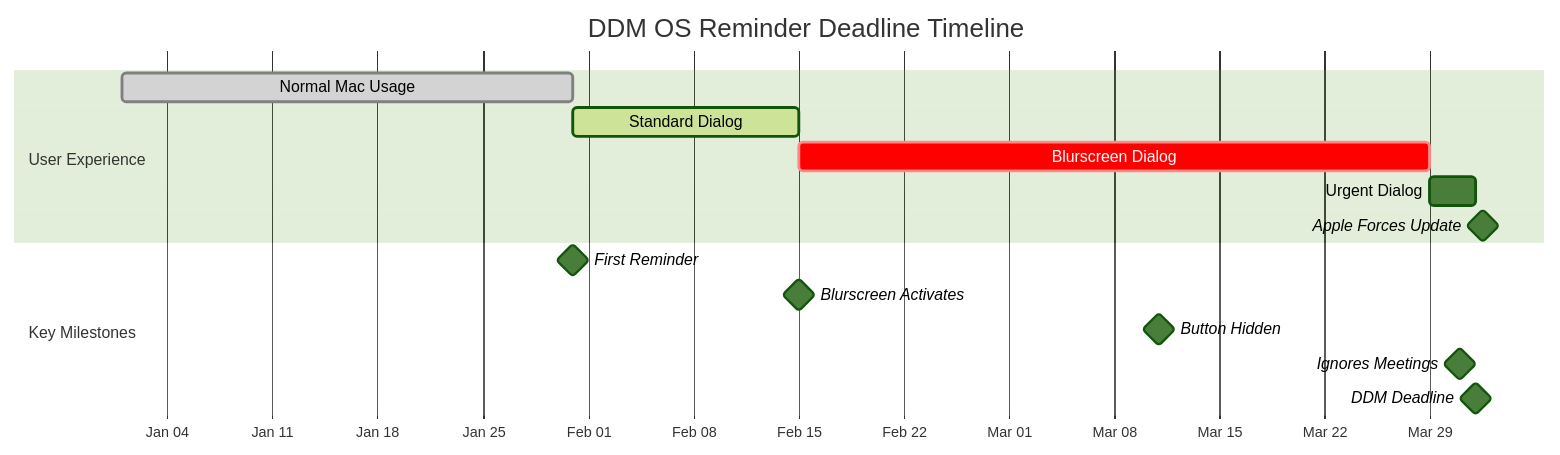
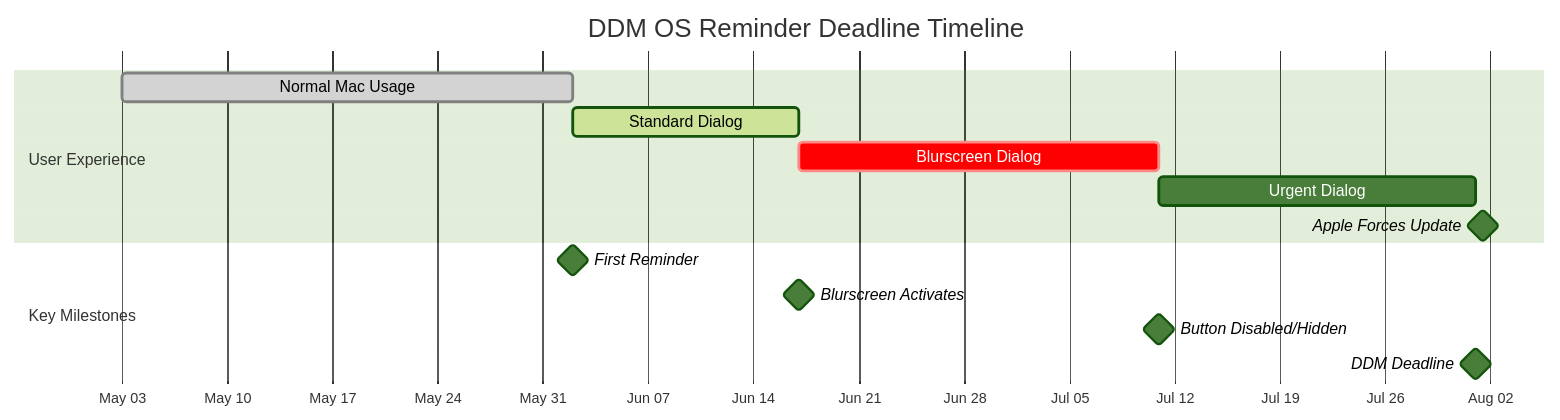
The diagram in Diagrams/03-deadline-timeline.md (dan-snelson/DDM-OS-Reminder), drawn with Mermaid (forest theme) before and after one commit. The commit also changed other lines of this file and 17 other files, not shown here.

````diff
--- a/Diagrams/03-deadline-timeline.md
+++ b/Diagrams/03-deadline-timeline.md
@@ -5,20 +5,19 @@
 ```mermaid
 gantt
     title DDM OS Reminder Deadline Timeline
     dateFormat YYYY-MM-DD
     axisFormat %b %d
     
     section User Experience
-    Normal Mac Usage            :done, normal, 2026-01-01, 30d
-    Standard Dialog             :active, standard, 2026-01-31, 15d
-    Blurscreen Dialog           :crit, blur, 2026-02-15, 42d
-    Urgent Dialog               :urgent, 2026-03-29, 3d
-    Apple Forces Update         :milestone, force, 2026-04-01, 1d
+    Normal Mac Usage            :done, normal, 2026-05-03, 30d
+    Standard Dialog             :active, standard, 2026-06-02, 15d
+    Blurscreen Dialog           :crit, blur, 2026-06-17, 24d
+    Urgent Dialog               :urgent, 2026-07-11, 21d
+    Apple Forces Update         :milestone, force, 2026-08-01, 1d
     
     section Key Milestones
-    First Reminder              :milestone, m1, 2026-01-31, 0d
-    Blurscreen Activates        :milestone, m2, 2026-02-15, 0d
-    Button Hidden               :milestone, m3, 2026-03-11, 0d
-    Ignores Meetings            :milestone, m4, 2026-03-31, 0d
-    DDM Deadline                :milestone, m5, 2026-04-01, 0d
+    First Reminder              :milestone, m1, 2026-06-02, 0d
+    Blurscreen Activates        :milestone, m2, 2026-06-17, 0d
+    Button Disabled/Hidden      :milestone, m3, 2026-07-11, 0d
+    DDM Deadline                :milestone, m4, 2026-08-01, 0d
 ```
````
